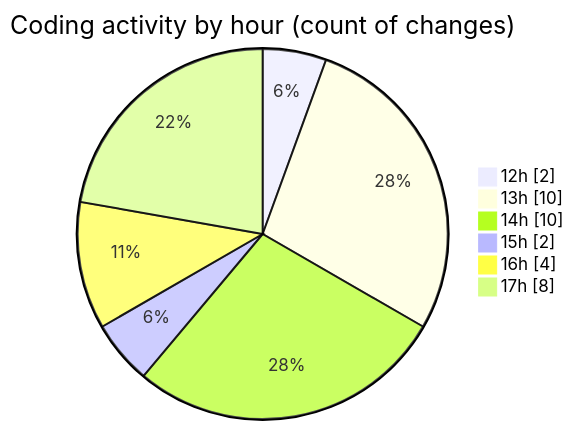
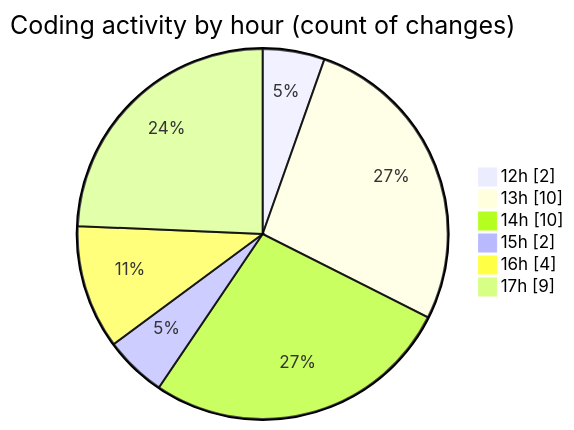
One commit to shibass792/code-tracking changed the second of 2 diagrams in 2026-07-12/untitled__workspace_/README.md. Above: the diagram before and after it, drawn with Mermaid. The commit also changed other lines of this file and 1 other file, not shown here.

````diff
--- a/2026-07-12/untitled__workspace_/README.md
+++ b/2026-07-12/untitled__workspace_/README.md
@@ -38,10 +38,10 @@
 ```mermaid
 pie showData
 title Coding activity by hour (count of changes)
 "12h" : 2
 "13h" : 10
 "14h" : 10
 "15h" : 2
 "16h" : 4
-"17h" : 8
+"17h" : 9
 ```
````
